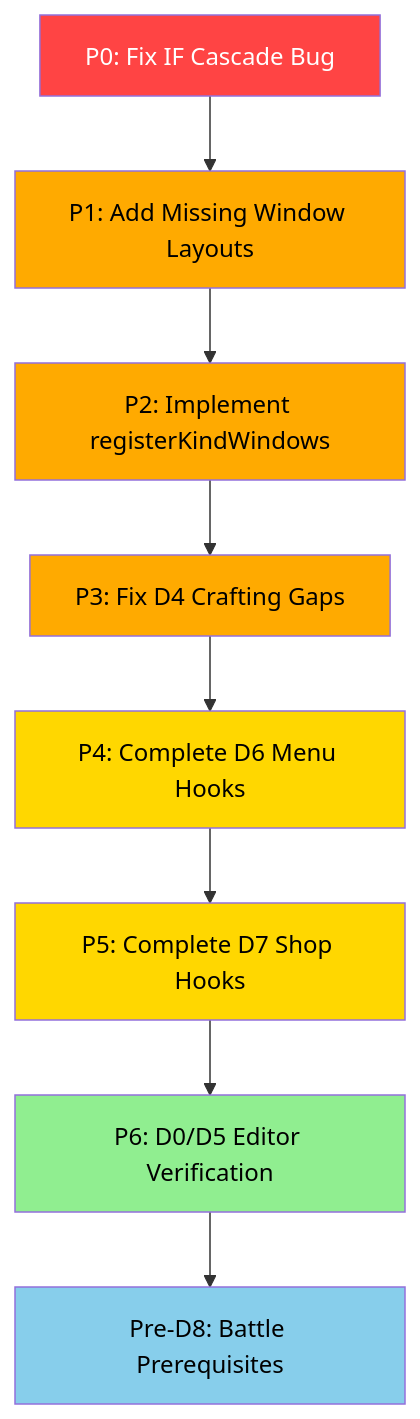
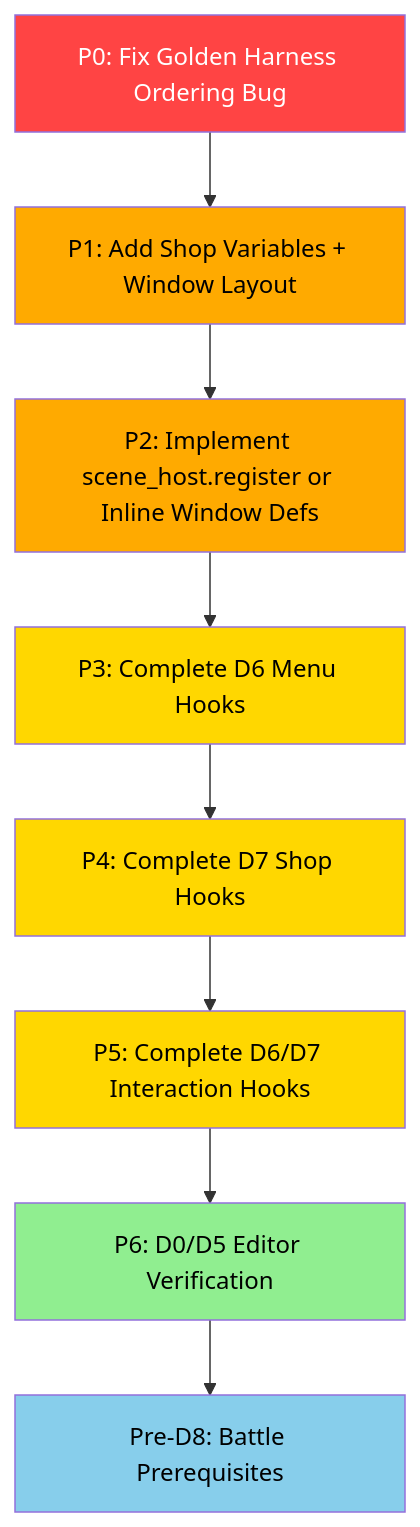
The second of 2 diagrams in docs/plans/overhaul-4/ASSESSMENT.md (JosephSerUSP/Hichaukitoden), drawn with Mermaid before and after one commit. The commit also changed other lines of this file and 5 other files, not shown here.

First line of the commit message:
Fix golden harness ordering bug, enhance window registration, and improve event logging

````diff
--- a/docs/plans/overhaul-4/ASSESSMENT.md
+++ b/docs/plans/overhaul-4/ASSESSMENT.md
@@ -216,19 +346,19 @@
 ```mermaid
 flowchart TD
-    P0[P0: Fix IF Cascade Bug] --> P1[P1: Add Missing Window Layouts]
-    P1 --> P2[P2: Implement registerKindWindows]
-    P2 --> P3[P3: Fix D4 Crafting Gaps]
-    P3 --> P4[P4: Complete D6 Menu Hooks]
-    P4 --> P5[P5: Complete D7 Shop Hooks]
+    P0[P0: Fix Golden Harness Ordering Bug] --> P1[P1: Add Shop Variables + Window Layout]
+    P1 --> P2[P2: Implement scene_host.register or Inline Window Defs]
+    P2 --> P3[P3: Complete D6 Menu Hooks]
+    P3 --> P4[P4: Complete D7 Shop Hooks]
+    P4 --> P5[P5: Complete D6/D7 Interaction Hooks]
     P5 --> P6[P6: D0/D5 Editor Verification]
     P6 --> PRE_D8[Pre-D8: Battle Prerequisites]
     
     style P0 fill:#FF4444,color:#fff
     style P1 fill:#FFAA00,color:#000
     style P2 fill:#FFAA00,color:#000
-    style P3 fill:#FFAA00,color:#000
+    style P3 fill:#FFD700,color:#000
     style P4 fill:#FFD700,color:#000
     style P5 fill:#FFD700,color:#000
     style P6 fill:#90EE90,color:#000
     style PRE_D8 fill:#87CEEB,color:#000
 ```
````
